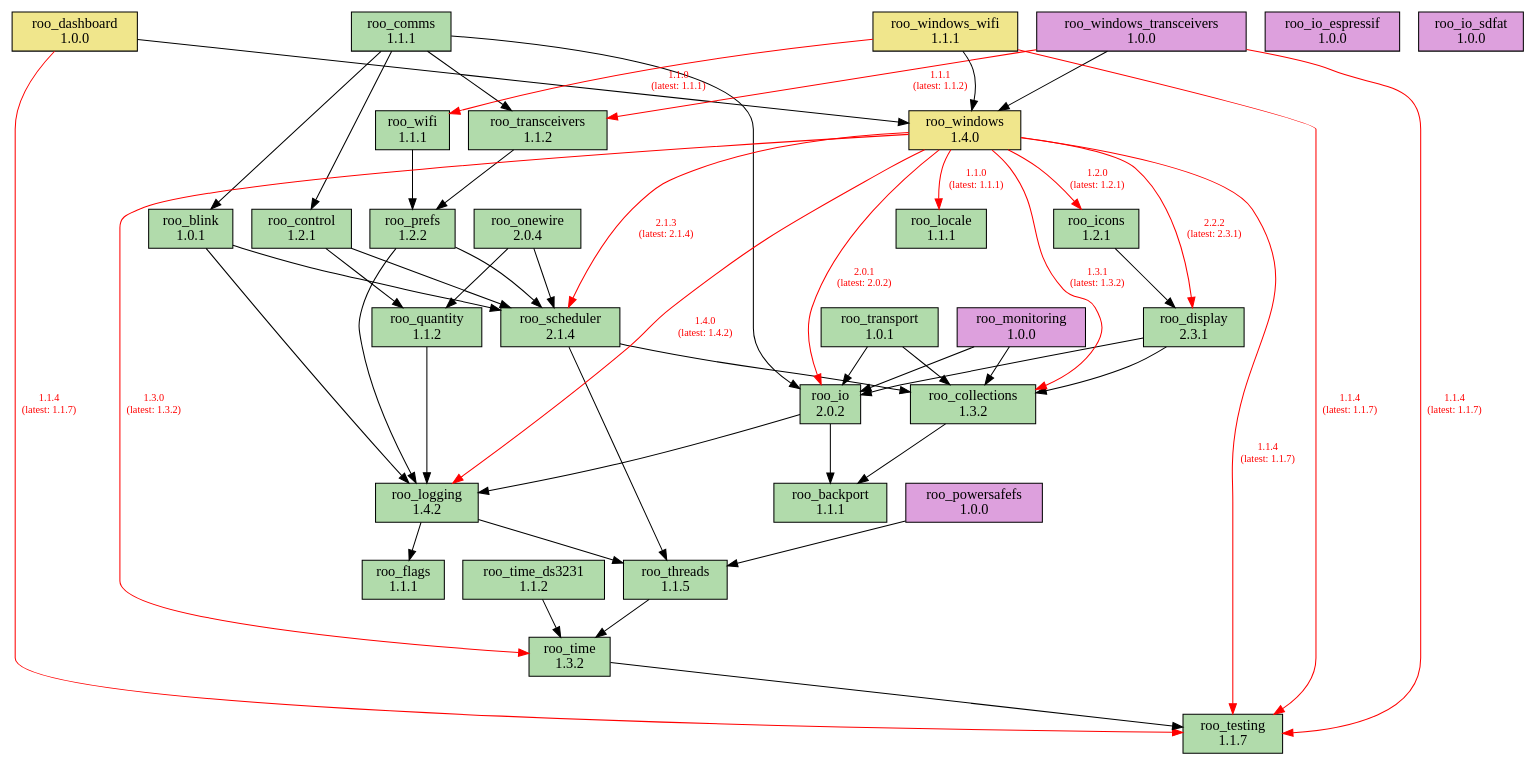
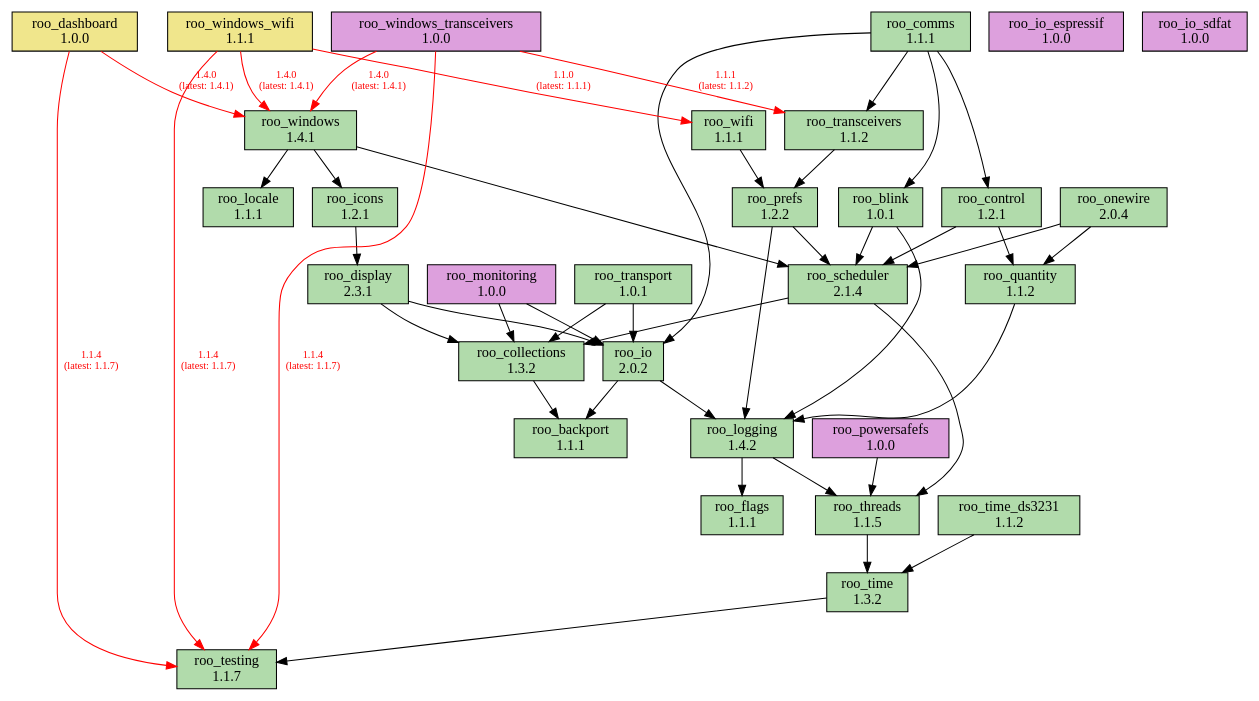
The diagram in doc/dependencies.dot (dejwk/roo-registry), drawn with Graphviz before and after one commit. The commit also changed 3 other files, not shown here.

Commit message:
Added roo_windows 1.4.1 to the registry.

```diff
--- a/doc/dependencies.dot
+++ b/doc/dependencies.dot
@@ -1,89 +1,83 @@
 digraph dependencies {
     rankdir=TB;
     node [shape=box, style=filled];
     edge [fontsize=10];
 
     // Modules
     "roo_backport" [label="roo_backport\n1.1.1", fillcolor="#b1dbab"];
     "roo_blink" [label="roo_blink\n1.0.1", fillcolor="#b1dbab"];
     "roo_collections" [label="roo_collections\n1.3.2", fillcolor="#b1dbab"];
     "roo_comms" [label="roo_comms\n1.1.1", fillcolor="#b1dbab"];
     "roo_control" [label="roo_control\n1.2.1", fillcolor="#b1dbab"];
     "roo_dashboard" [label="roo_dashboard\n1.0.0", fillcolor="khaki"];
     "roo_display" [label="roo_display\n2.3.1", fillcolor="#b1dbab"];
     "roo_flags" [label="roo_flags\n1.1.1", fillcolor="#b1dbab"];
     "roo_icons" [label="roo_icons\n1.2.1", fillcolor="#b1dbab"];
     "roo_io" [label="roo_io\n2.0.2", fillcolor="#b1dbab"];
     "roo_io_espressif" [label="roo_io_espressif\n1.0.0", fillcolor="plum"];
     "roo_io_sdfat" [label="roo_io_sdfat\n1.0.0", fillcolor="plum"];
     "roo_locale" [label="roo_locale\n1.1.1", fillcolor="#b1dbab"];
     "roo_logging" [label="roo_logging\n1.4.2", fillcolor="#b1dbab"];
     "roo_monitoring" [label="roo_monitoring\n1.0.0", fillcolor="plum"];
     "roo_onewire" [label="roo_onewire\n2.0.4", fillcolor="#b1dbab"];
     "roo_powersafefs" [label="roo_powersafefs\n1.0.0", fillcolor="plum"];
     "roo_prefs" [label="roo_prefs\n1.2.2", fillcolor="#b1dbab"];
     "roo_quantity" [label="roo_quantity\n1.1.2", fillcolor="#b1dbab"];
     "roo_scheduler" [label="roo_scheduler\n2.1.4", fillcolor="#b1dbab"];
     "roo_testing" [label="roo_testing\n1.1.7", fillcolor="#b1dbab"];
     "roo_threads" [label="roo_threads\n1.1.5", fillcolor="#b1dbab"];
     "roo_time" [label="roo_time\n1.3.2", fillcolor="#b1dbab"];
     "roo_time_ds3231" [label="roo_time_ds3231\n1.1.2", fillcolor="#b1dbab"];
     "roo_transceivers" [label="roo_transceivers\n1.1.2", fillcolor="#b1dbab"];
     "roo_transport" [label="roo_transport\n1.0.1", fillcolor="#b1dbab"];
     "roo_wifi" [label="roo_wifi\n1.1.1", fillcolor="#b1dbab"];
-    "roo_windows" [label="roo_windows\n1.4.0", fillcolor="khaki"];
+    "roo_windows" [label="roo_windows\n1.4.1", fillcolor="#b1dbab"];
     "roo_windows_transceivers" [label="roo_windows_transceivers\n1.0.0", fillcolor="plum"];
     "roo_windows_wifi" [label="roo_windows_wifi\n1.1.1", fillcolor="khaki"];
 
     // Dependencies
     "roo_blink" -> "roo_logging";
     "roo_blink" -> "roo_scheduler";
     "roo_collections" -> "roo_backport";
     "roo_comms" -> "roo_blink";
     "roo_comms" -> "roo_control";
     "roo_comms" -> "roo_io";
     "roo_comms" -> "roo_transceivers";
     "roo_control" -> "roo_quantity";
     "roo_control" -> "roo_scheduler";
     "roo_dashboard" -> "roo_testing" [color=red, fontcolor=red, label="1.1.4\n(latest: 1.1.7)"];
-    "roo_dashboard" -> "roo_windows";
+    "roo_dashboard" -> "roo_windows" [color=red, fontcolor=red, label="1.4.0\n(latest: 1.4.1)"];
     "roo_display" -> "roo_collections";
     "roo_display" -> "roo_io";
     "roo_icons" -> "roo_display";
     "roo_io" -> "roo_backport";
     "roo_io" -> "roo_logging";
     "roo_logging" -> "roo_flags";
     "roo_logging" -> "roo_threads";
     "roo_monitoring" -> "roo_collections";
     "roo_monitoring" -> "roo_io";
     "roo_onewire" -> "roo_scheduler";
     "roo_onewire" -> "roo_quantity";
     "roo_powersafefs" -> "roo_threads";
     "roo_prefs" -> "roo_logging";
     "roo_prefs" -> "roo_scheduler";
     "roo_quantity" -> "roo_logging";
     "roo_scheduler" -> "roo_collections";
     "roo_scheduler" -> "roo_threads";
     "roo_threads" -> "roo_time";
     "roo_time" -> "roo_testing";
     "roo_time_ds3231" -> "roo_time";
     "roo_transceivers" -> "roo_prefs";
     "roo_transport" -> "roo_collections";
     "roo_transport" -> "roo_io";
     "roo_wifi" -> "roo_prefs";
-    "roo_windows" -> "roo_testing" [color=red, fontcolor=red, label="1.1.4\n(latest: 1.1.7)"];
-    "roo_windows" -> "roo_collections" [color=red, fontcolor=red, label="1.3.1\n(latest: 1.3.2)"];
-    "roo_windows" -> "roo_display" [color=red, fontcolor=red, label="2.2.2\n(latest: 2.3.1)"];
-    "roo_windows" -> "roo_locale" [color=red, fontcolor=red, label="1.1.0\n(latest: 1.1.1)"];
-    "roo_windows" -> "roo_logging" [color=red, fontcolor=red, label="1.4.0\n(latest: 1.4.2)"];
-    "roo_windows" -> "roo_icons" [color=red, fontcolor=red, label="1.2.0\n(latest: 1.2.1)"];
-    "roo_windows" -> "roo_io" [color=red, fontcolor=red, label="2.0.1\n(latest: 2.0.2)"];
-    "roo_windows" -> "roo_scheduler" [color=red, fontcolor=red, label="2.1.3\n(latest: 2.1.4)"];
-    "roo_windows" -> "roo_time" [color=red, fontcolor=red, label="1.3.0\n(latest: 1.3.2)"];
+    "roo_windows" -> "roo_locale";
+    "roo_windows" -> "roo_icons";
+    "roo_windows" -> "roo_scheduler";
     "roo_windows_transceivers" -> "roo_testing" [color=red, fontcolor=red, label="1.1.4\n(latest: 1.1.7)"];
     "roo_windows_transceivers" -> "roo_transceivers" [color=red, fontcolor=red, label="1.1.1\n(latest: 1.1.2)"];
-    "roo_windows_transceivers" -> "roo_windows";
+    "roo_windows_transceivers" -> "roo_windows" [color=red, fontcolor=red, label="1.4.0\n(latest: 1.4.1)"];
     "roo_windows_wifi" -> "roo_testing" [color=red, fontcolor=red, label="1.1.4\n(latest: 1.1.7)"];
     "roo_windows_wifi" -> "roo_wifi" [color=red, fontcolor=red, label="1.1.0\n(latest: 1.1.1)"];
-    "roo_windows_wifi" -> "roo_windows";
+    "roo_windows_wifi" -> "roo_windows" [color=red, fontcolor=red, label="1.4.0\n(latest: 1.4.1)"];
 }
```
